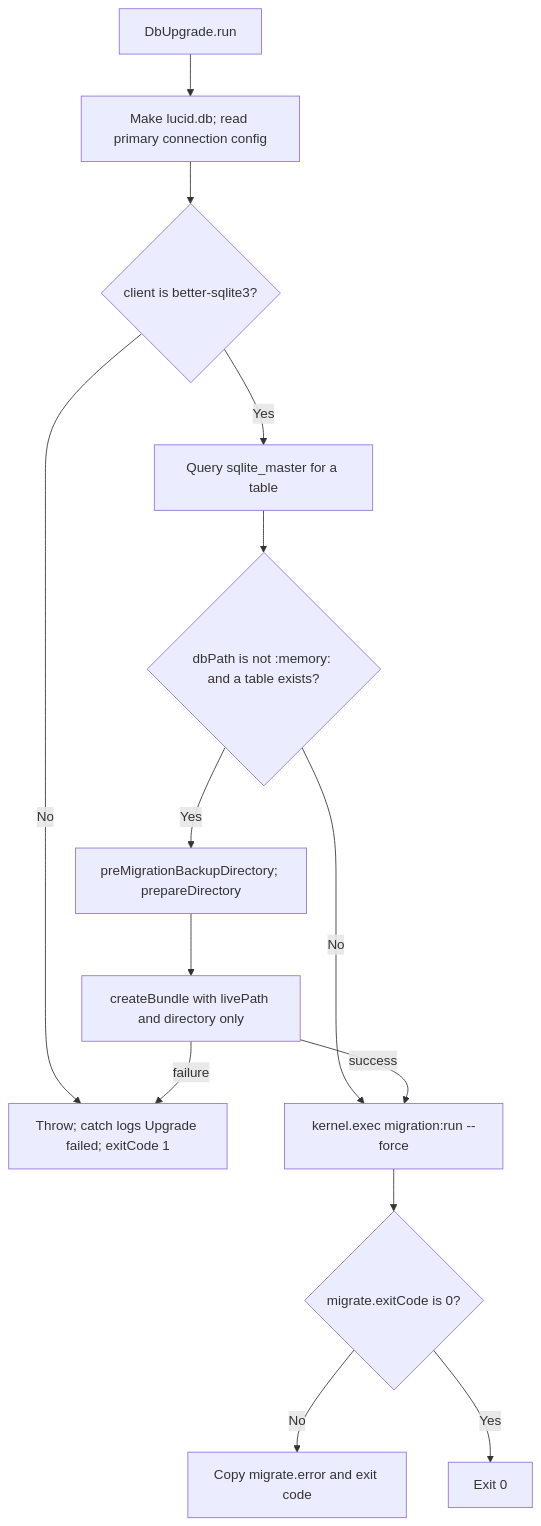
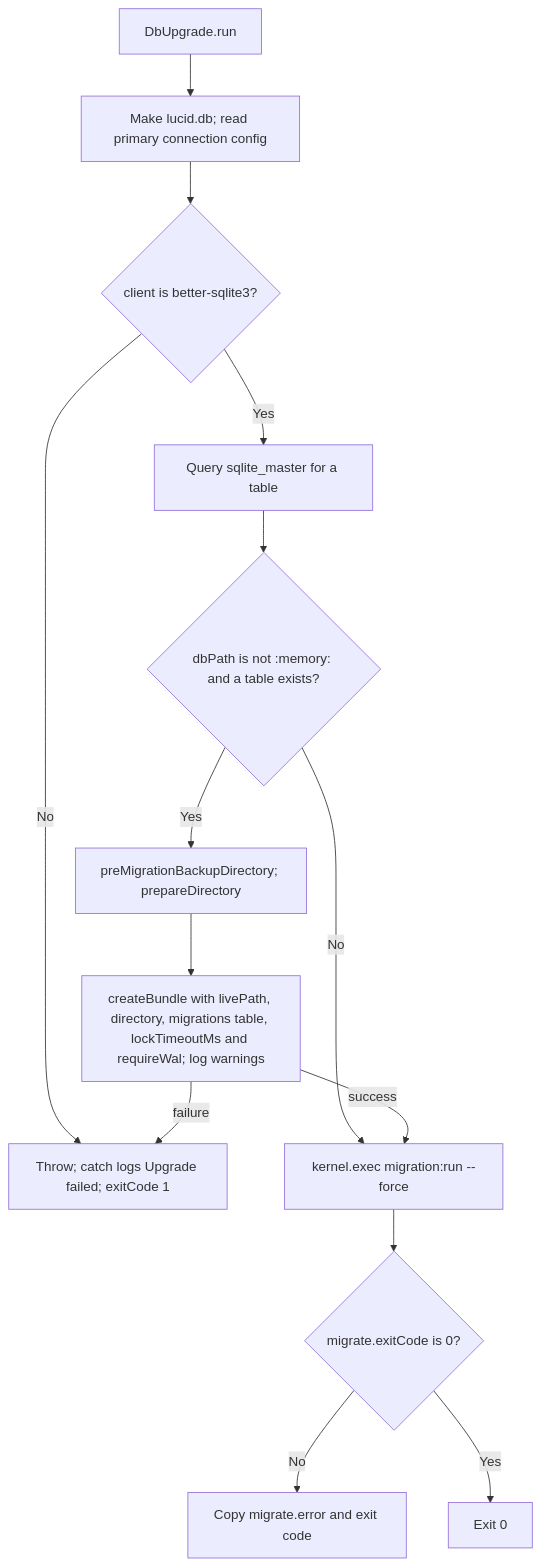
Before and after one commit to Kevinjohn/oss-adonisjs-sqlite-backup: the second of 2 diagrams in user-stories/upgrade-database/us-op-06-upgrade-database.md, drawn with Mermaid. The commit also changed 1 other file, not shown here.

Commit message:
test: hold the backup lock until the upgrade times out
The lock holder released itself after 300 ms, so a slow command start
could pass without the configured lockTimeoutMs. The holder now keeps the
lock, and the test asserts the refusal comes after the full timeout.
The US-OP-06 code-flow diagram now matches the new createBundle call.

````diff
--- a/user-stories/upgrade-database/us-op-06-upgrade-database.md
+++ b/user-stories/upgrade-database/us-op-06-upgrade-database.md
@@ -45,16 +45,16 @@
 ```mermaid
 flowchart TD
     A["DbUpgrade.run"] --> B["Make lucid.db; read primary connection config"]
     B --> C{"client is better-sqlite3?"}
     C -->|No| X["Throw; catch logs Upgrade failed; exitCode 1"]
     C -->|Yes| D["Query sqlite_master for a table"]
     D --> E{"dbPath is not :memory: and a table exists?"}
     E -->|No| H["kernel.exec migration:run --force"]
     E -->|Yes| F["preMigrationBackupDirectory; prepareDirectory"]
-    F --> G["createBundle with livePath and directory only"]
+    F --> G["createBundle with livePath, directory, migrations table, lockTimeoutMs and requireWal; log warnings"]
     G -->|failure| X
     G -->|success| H
     H --> I{"migrate.exitCode is 0?"}
     I -->|No| J["Copy migrate.error and exit code"]
     I -->|Yes| K["Exit 0"]
 ```
````
